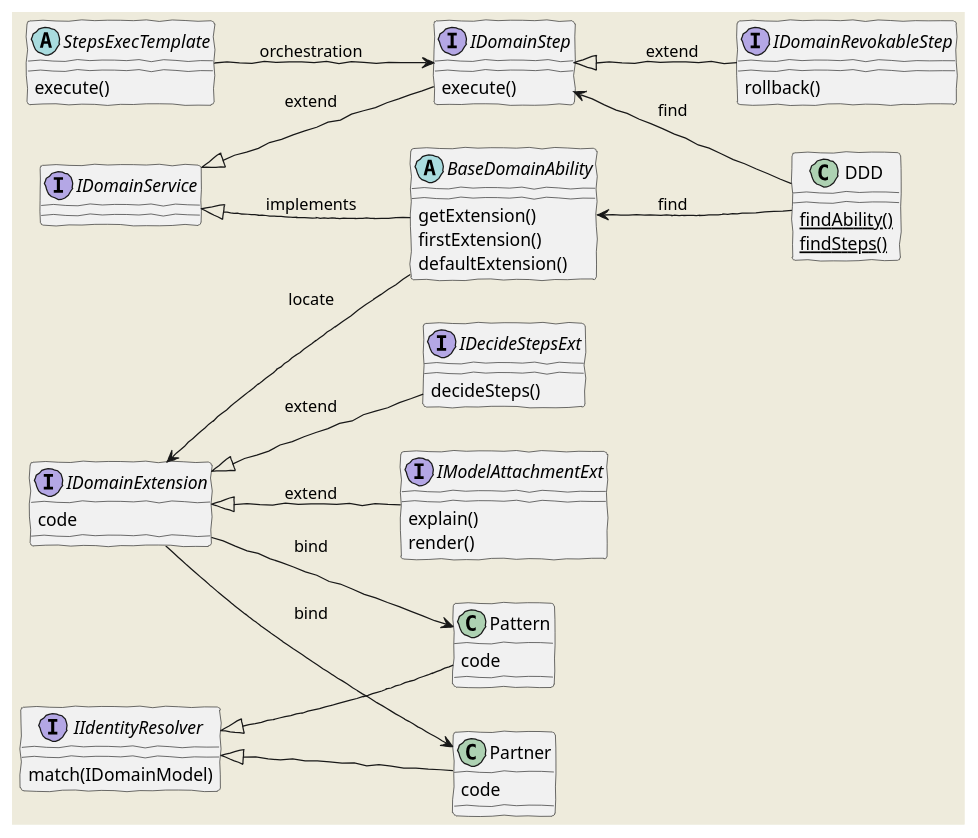
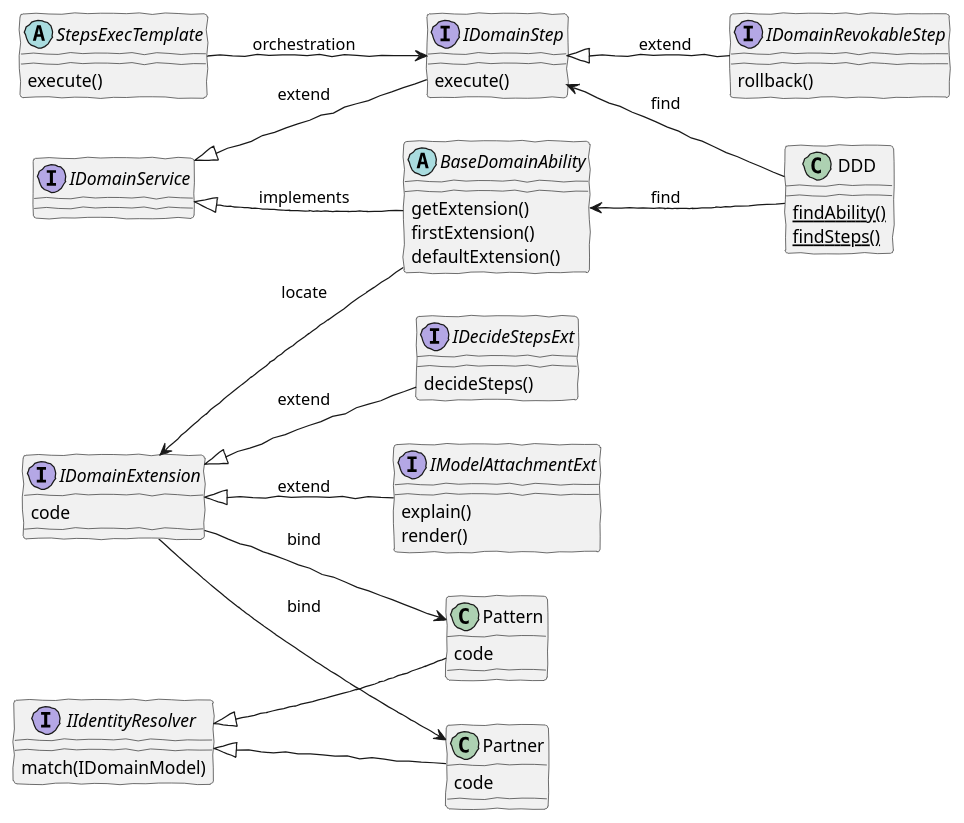
The diagram in doc/classes.puml (funkygao/cp-ddd-framework), drawn with PlantUML before and after one commit. The commit also changed 1 other file, not shown here.

Commit message:
class diagram background color discarded

```diff
--- a/doc/classes.puml
+++ b/doc/classes.puml
@@ -1,52 +1,51 @@
 @startuml
 skinparam handwritten true
-skinparam backgroundColor #EEEBDC
 skinparam shadowing<<with_shadow>> true
 left to right direction
 
 interface IDomainService
 interface IDomainStep
 IDomainStep : execute()
 interface IDecideStepsExt
 interface IDomainRevokableStep
 IDomainRevokableStep : rollback()
 interface IDomainExtension
 interface IIdentityResolver
 interface IModelAttachmentExt
 IModelAttachmentExt : explain()
 IModelAttachmentExt : render()
 abstract StepsExecTemplate
 abstract BaseDomainAbility
 BaseDomainAbility : getExtension()
 BaseDomainAbility : firstExtension()
 BaseDomainAbility : defaultExtension()
 StepsExecTemplate : execute()
 DDD : {static} findAbility()
 DDD : {static} findSteps()
 IDecideStepsExt : decideSteps()
 IIdentityResolver : match(IDomainModel)
 
 IDomainService <|-- IDomainStep: extend
 IDomainStep <|-- IDomainRevokableStep: extend
 IDomainService <|-- BaseDomainAbility: implements
 
 IDomainExtension <|-- IDecideStepsExt: extend
 IDomainExtension <|-- IModelAttachmentExt: extend
 
 IIdentityResolver <|-- Pattern
 IIdentityResolver <|-- Partner
 
 BaseDomainAbility <-- DDD: find
 IDomainStep <-- DDD: find
 
 IDomainExtension <-- BaseDomainAbility: locate
 
 IDomainExtension --> Pattern: bind
 IDomainExtension --> Partner: bind
 
 Partner : code
 Pattern : code
 IDomainExtension : code
 
 StepsExecTemplate --> IDomainStep: orchestration
 @enduml
```
